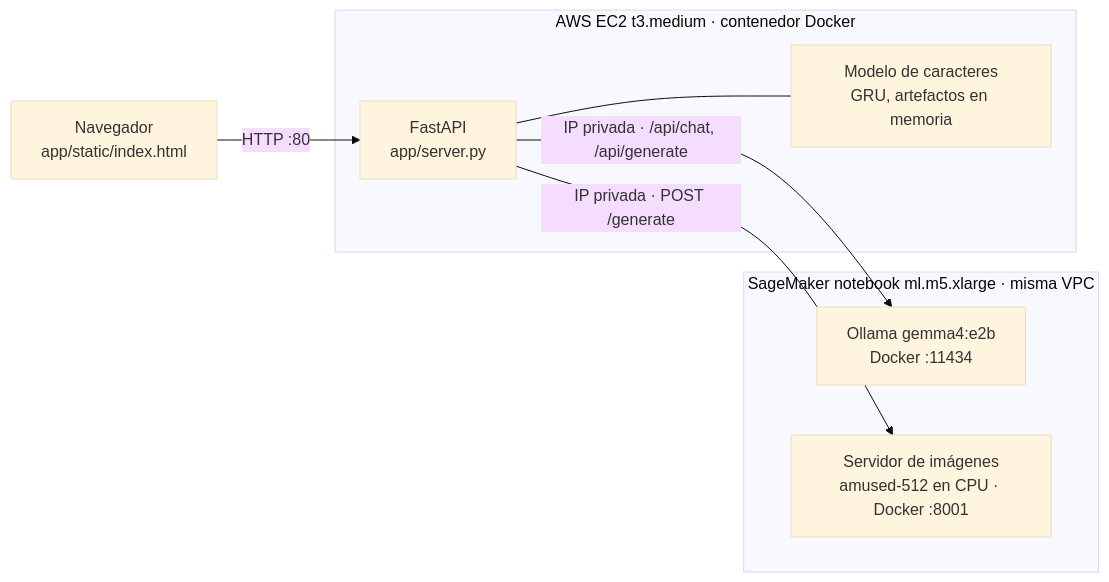
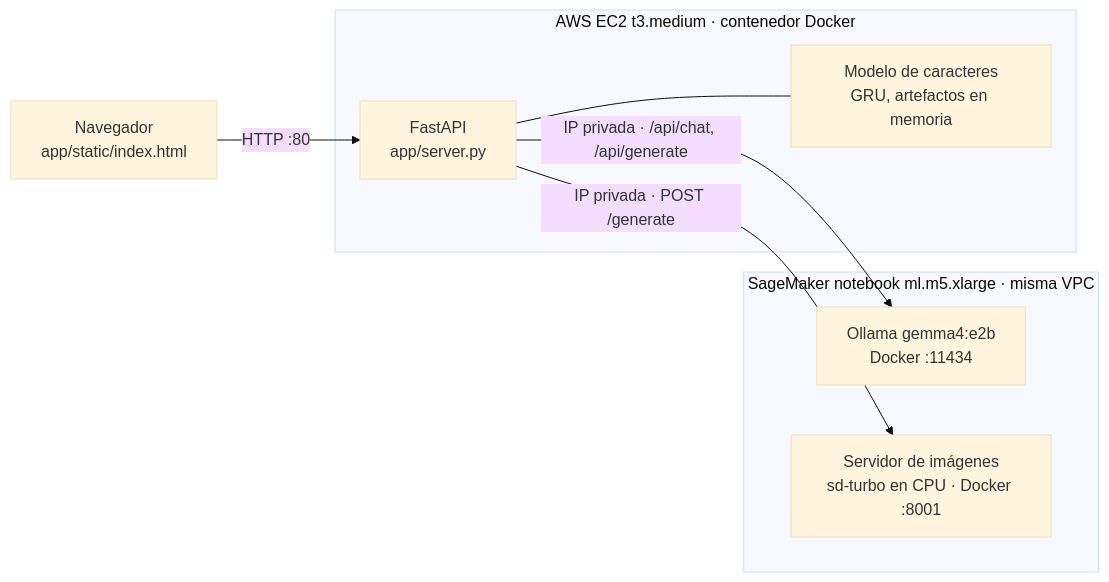
Before and after one commit to Ooojulian/LabDino: the diagram in docs/componentes.md, drawn with Mermaid (base theme). The commit also changed other lines of this file and 13 other files, not shown here.

````diff
--- a/docs/componentes.md
+++ b/docs/componentes.md
@@ -7,15 +7,15 @@
 ```mermaid
 flowchart LR
     U[Navegador<br/>app/static/index.html] -->|HTTP :80| APP
     subgraph EC2["AWS EC2 t3.medium · contenedor Docker"]
         APP[FastAPI<br/>app/server.py]
         NAME[Modelo de caracteres<br/>GRU, artefactos en memoria]
         APP --- NAME
     end
     subgraph SM["SageMaker notebook ml.m5.xlarge · misma VPC"]
         OLL[Ollama gemma4:e2b<br/>Docker :11434]
-        IMG[Servidor de imágenes<br/>amused-512 en CPU · Docker :8001]
+        IMG[Servidor de imágenes<br/>sd-turbo en CPU · Docker :8001]
     end
     APP -->|IP privada · /api/chat, /api/generate| OLL
     APP -->|IP privada · POST /generate| IMG
 ```
````
